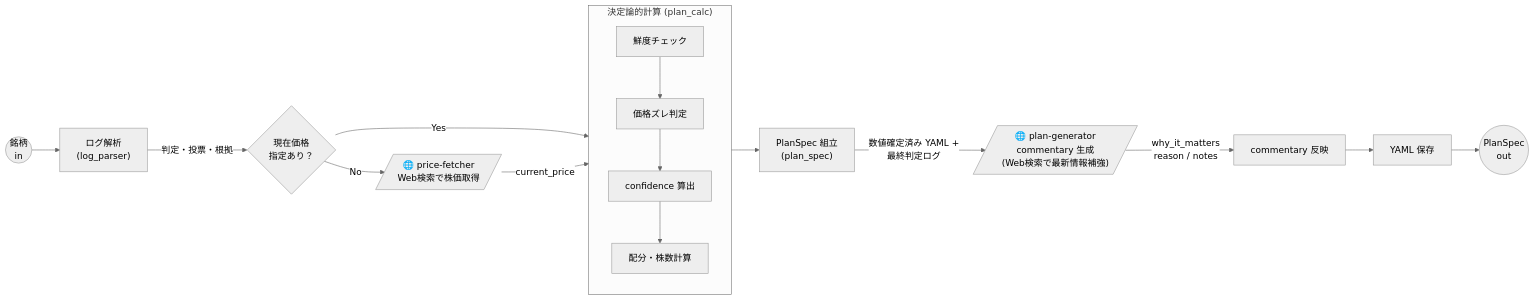
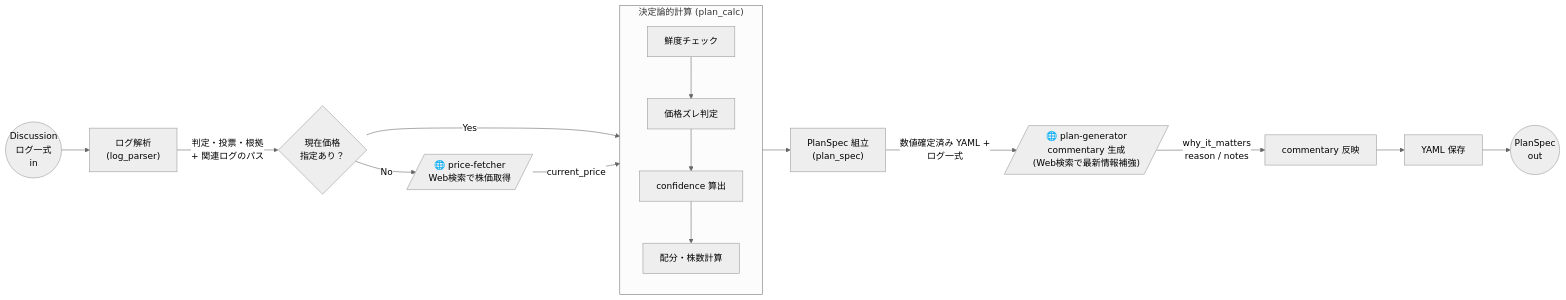
The diagram in Planning/MyDocs/workflow.md (oSUiMiNo/Kabu-Trading1), drawn with Mermaid (neutral theme) before and after one commit. The commit also changed 3 other files, not shown here.

````diff
--- a/Planning/MyDocs/workflow.md
+++ b/Planning/MyDocs/workflow.md
@@ -3,28 +3,28 @@
 ```mermaid
 flowchart LR
-    in((銘柄<br>in))
+    in((Discussion<br>ログ一式<br>in))
 
     in --> LP["ログ解析<br>(log_parser)"]
 
-    LP --> |"判定・投票・根拠"| PC{"現在価格<br>指定あり？"}
+    LP --> |"判定・投票・根拠<br>+ 関連ログのパス"| PC{"現在価格<br>指定あり？"}
 
     PC --> |No| PF[/"🌐 price-fetcher<br>Web検索で株価取得"/]
     PC --> |Yes| CALC
 
     PF --> |"current_price"| CALC
 
     subgraph CALC ["決定論的計算 (plan_calc)"]
         C1["鮮度チェック"] --> C2["価格ズレ判定"]
         C2 --> C3["confidence 算出"]
         C3 --> C4["配分・株数計算"]
     end
 
     CALC --> PS["PlanSpec 組立<br>(plan_spec)"]
 
-    PS --> |"数値確定済み YAML +<br>最終判定ログ"| PG[/"🌐 plan-generator<br>commentary 生成<br>(Web検索で最新情報補強)"/]
+    PS --> |"数値確定済み YAML +<br>ログ一式"| PG[/"🌐 plan-generator<br>commentary 生成<br>(Web検索で最新情報補強)"/]
 
     PG --> |"why_it_matters<br>reason / notes"| MG["commentary 反映"]
 
     MG --> OUT["YAML 保存"]
     OUT --> out((PlanSpec<br>out))
 ```
````
